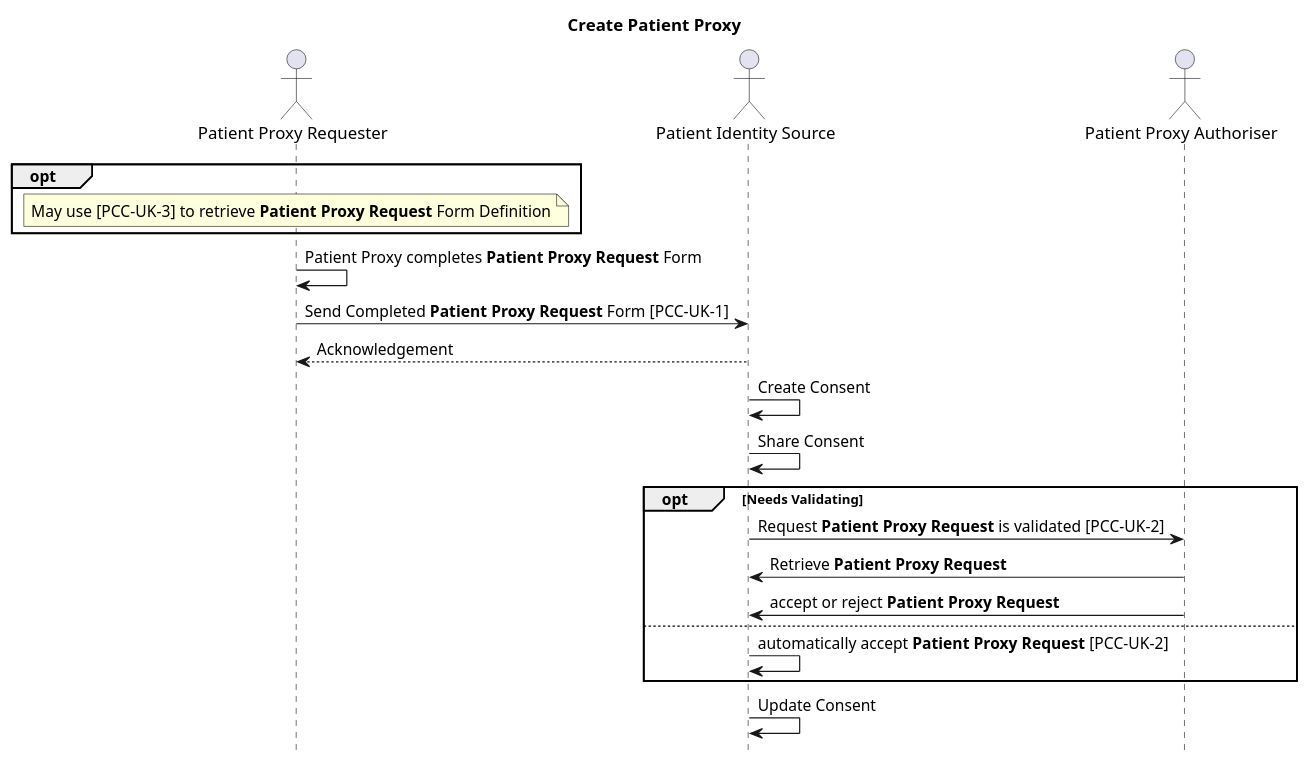
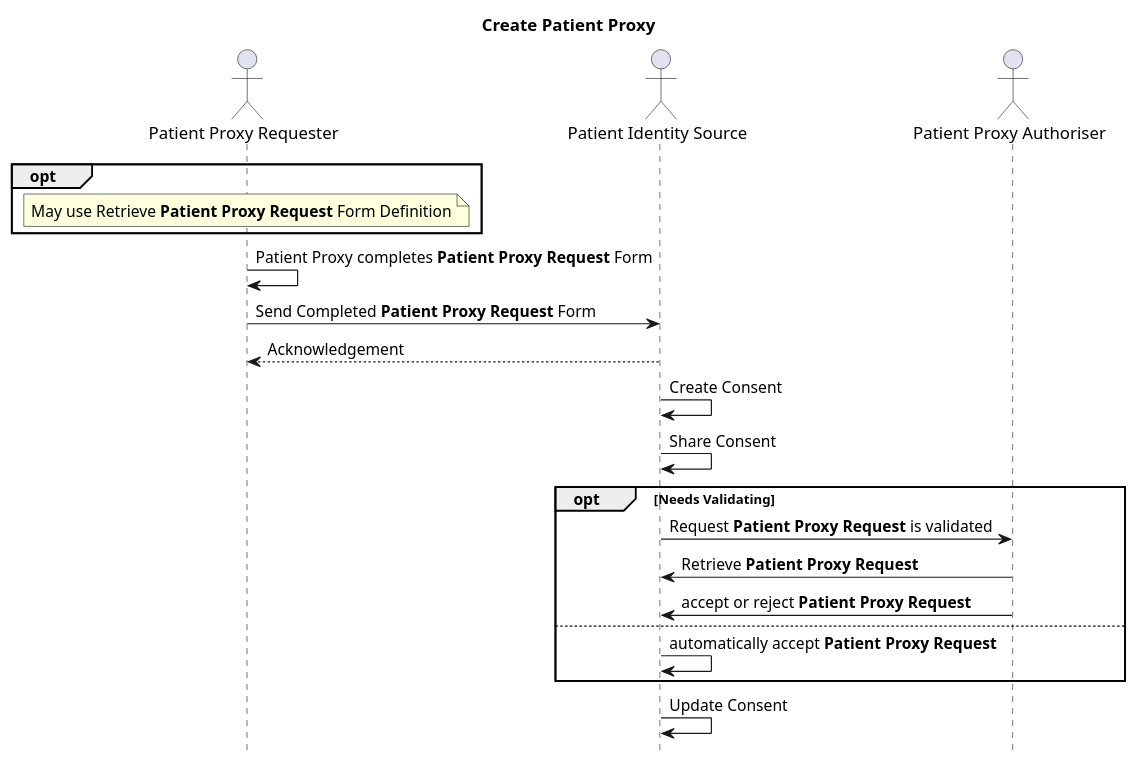
One commit to NHSDigital/IOPS-FHIR-Simplifier-Backup changed the first of 2 diagrams in NHSEnglandProgrammeImplementationGuides/backup/guides/NHS-England-Demographics-Implementation-Guide/Home/Use-Cases/Patient-Proxy/Actors-Transactions-and-Content-Modules.page.md. Above: the diagram before and after it, drawn with PlantUML. The commit also changed 40 other files, not shown here.

```diff
--- a/NHSEnglandProgrammeImplementationGuides/backup/guides/NHS-England-Demographics-Implementation-Guide/Home/Use-Cases/Patient-Proxy/Actors-Transactions-and-Content-Modules.page.md
+++ b/NHSEnglandProgrammeImplementationGuides/backup/guides/NHS-England-Demographics-Implementation-Guide/Home/Use-Cases/Patient-Proxy/Actors-Transactions-and-Content-Modules.page.md
@@ -17,27 +17,27 @@
 @startuml
 
 hide footbox
 
 title Create Patient Proxy
 
 actor "Patient Proxy Requester" as patient
 actor "Patient Identity Source" as source
 actor "Patient Proxy Authoriser" as GP
 
 opt
-note over patient: May use [PCC-UK-3] to retrieve **Patient Proxy Request** Form Definition
+note over patient: May use Retrieve **Patient Proxy Request** Form Definition
 end
 patient -> patient : Patient Proxy completes **Patient Proxy Request** Form
-patient -> source: Send Completed **Patient Proxy Request** Form [PCC-UK-1]
+patient -> source: Send Completed **Patient Proxy Request** Form
 source --> patient: Acknowledgement
 source -> source: Create Consent
 source -> source: Share Consent
 opt Needs Validating
-source -> GP: Request **Patient Proxy Request** is validated [PCC-UK-2]
+source -> GP: Request **Patient Proxy Request** is validated
 GP -> source: Retrieve **Patient Proxy Request**
 GP -> source: accept or reject **Patient Proxy Request**
 else 
-source -> source: automatically accept **Patient Proxy Request** [PCC-UK-2]
+source -> source: automatically accept **Patient Proxy Request**
 end
 source -> source: Update Consent
 @enduml
```
